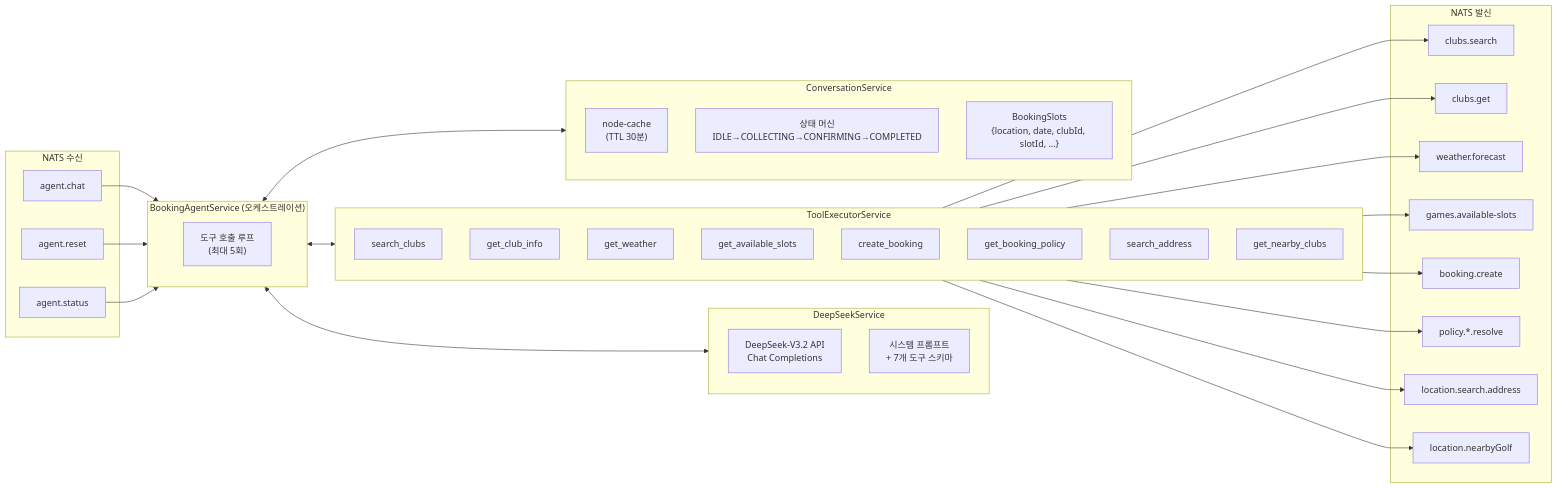
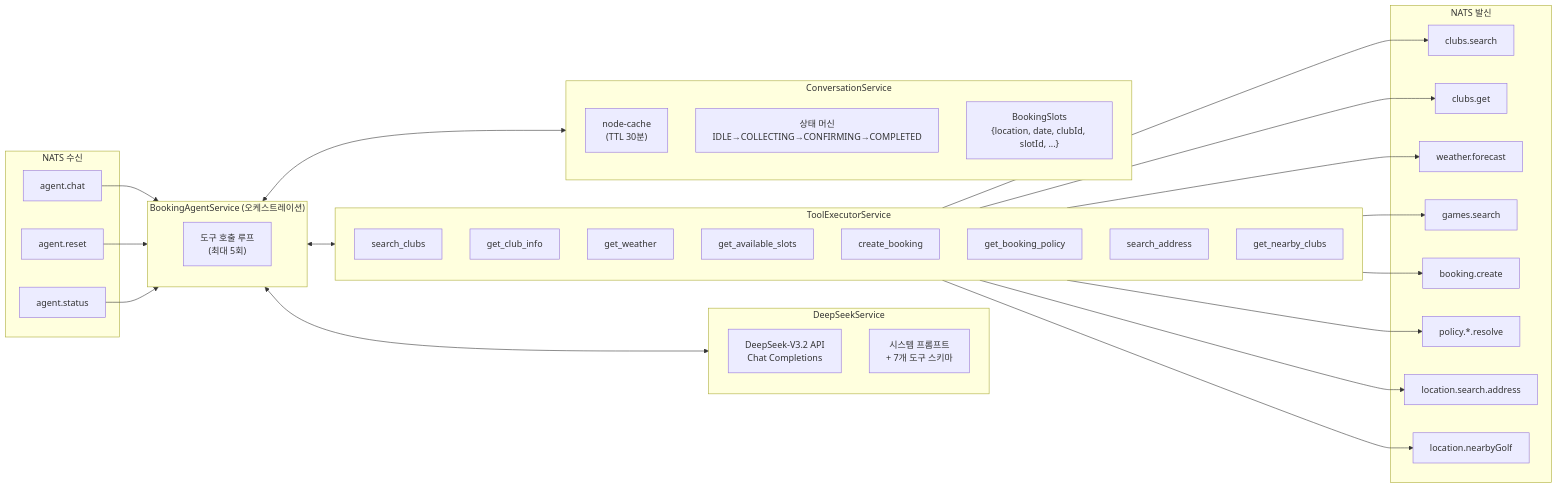
One commit to uniyous/parkgolf-platform changed the third of 7 diagrams in docs/AGENT_BOOKING_WORKFLOW.md. Above: the diagram before and after it, drawn with Mermaid. The commit also changed other lines of this file and 18 other files, not shown here.

````diff
--- a/docs/AGENT_BOOKING_WORKFLOW.md
+++ b/docs/AGENT_BOOKING_WORKFLOW.md
@@ -135,60 +136,60 @@
 ```mermaid
 graph LR
     subgraph NATS_IN["NATS 수신"]
         C1["agent.chat"]
         C2["agent.reset"]
         C3["agent.status"]
     end
 
     subgraph Core["BookingAgentService (오케스트레이션)"]
         direction TB
         Loop["도구 호출 루프<br/>(최대 5회)"]
     end
 
     subgraph LLM["DeepSeekService"]
         DS["DeepSeek-V3.2 API<br/>Chat Completions"]
         SP["시스템 프롬프트<br/>+ 7개 도구 스키마"]
     end
 
     subgraph TE["ToolExecutorService"]
         direction TB
         T1["search_clubs"]
         T2["get_club_info"]
         T3["get_weather"]
         T4["get_available_slots"]
         T5["create_booking"]
         T6["get_booking_policy"]
         T7["search_address"]
         T8["get_nearby_clubs"]
     end
 
     subgraph Session["ConversationService"]
         Cache["node-cache<br/>(TTL 30분)"]
         State["상태 머신<br/>IDLE→COLLECTING→CONFIRMING→COMPLETED"]
         Slots["BookingSlots<br/>{location, date, clubId, slotId, ...}"]
     end
 
     subgraph NATS_OUT["NATS 발신"]
         N1["clubs.search"]
         N2["clubs.get"]
         N3["weather.forecast"]
-        N4["games.available-slots"]
+        N4["games.search"]
         N5["booking.create"]
         N6["policy.*.resolve"]
         N7["location.search.address"]
         N8["location.nearbyGolf"]
     end
 
     C1 & C2 & C3 --> Core
     Core <--> LLM
     Core <--> TE
     Core <--> Session
     T1 --> N1
     T2 --> N2
     T3 --> N3
     T4 --> N4
     T5 --> N5
     T6 --> N6
     T7 --> N7
     T8 --> N8
 ```
````
